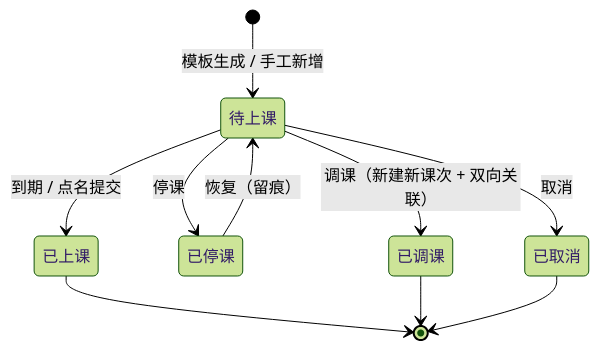
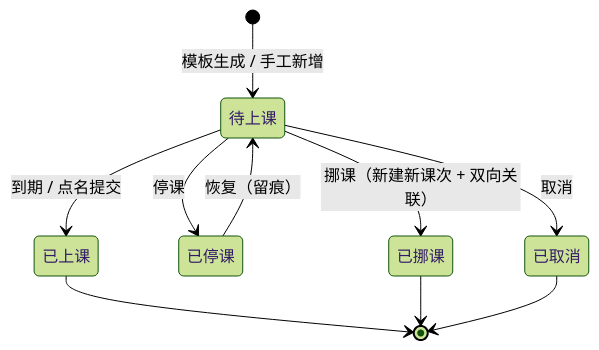
Before and after one commit to gary0828/chuanwai: the first of 9 diagrams in server/docs/021-课次实体与任课关系-设计.md, drawn with Mermaid (forest theme). The commit also changed other lines of this file and 35 other files, not shown here.

````diff
--- a/server/docs/021-课次实体与任课关系-设计.md
+++ b/server/docs/021-课次实体与任课关系-设计.md
@@ -364,12 +365,12 @@
 ```mermaid
 stateDiagram-v2
     [*] --> 待上课: 模板生成 / 手工新增
     待上课 --> 已上课: 到期 / 点名提交
     待上课 --> 已停课: 停课
-    待上课 --> 已调课: 调课（新建新课次 + 双向关联）
+    待上课 --> 已挪课: 挪课（新建新课次 + 双向关联）
     待上课 --> 已取消: 取消
     已停课 --> 待上课: 恢复（留痕）
     已上课 --> [*]
-    已调课 --> [*]
+    已挪课 --> [*]
     已取消 --> [*]
 ```
````
